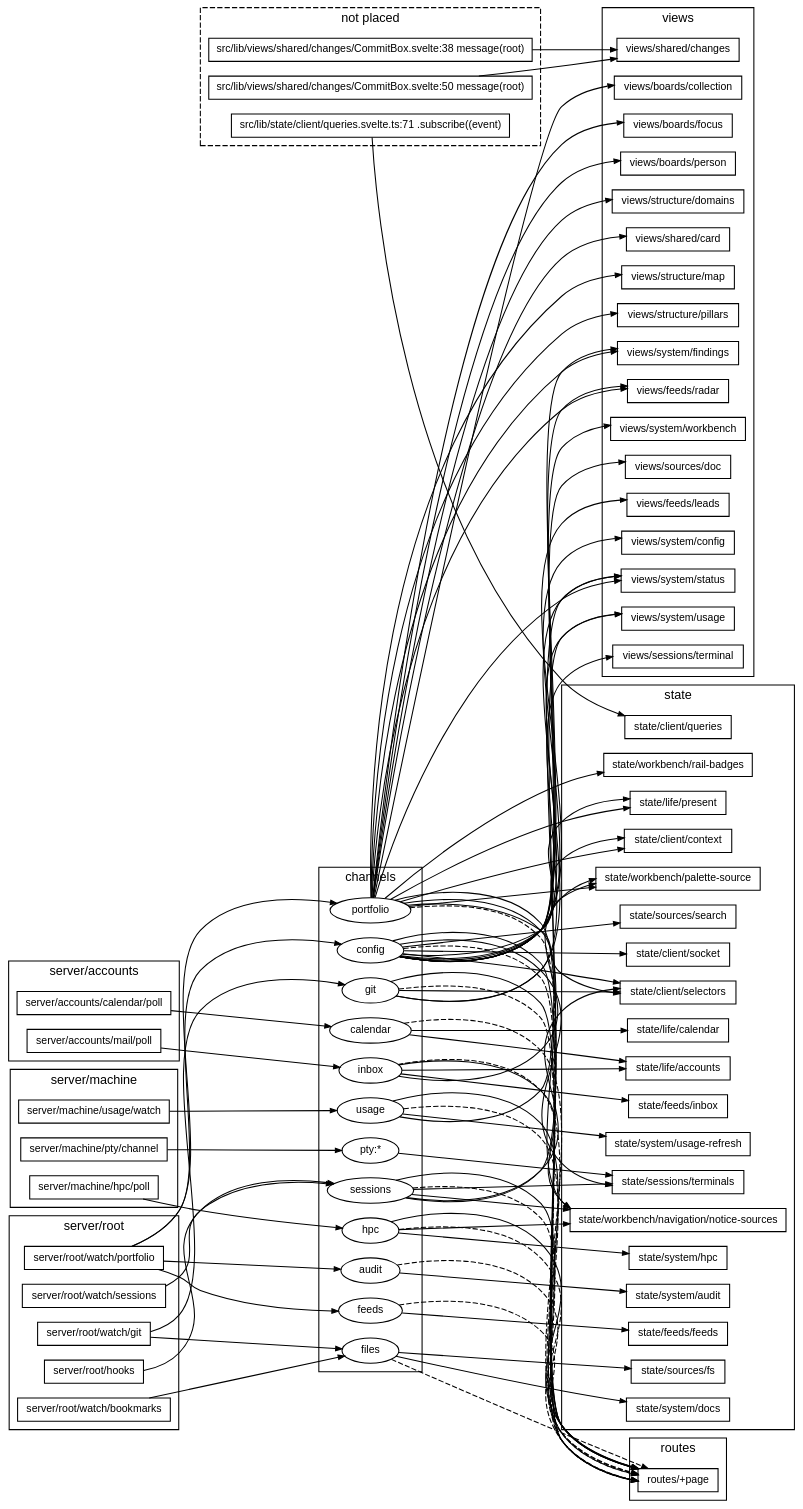
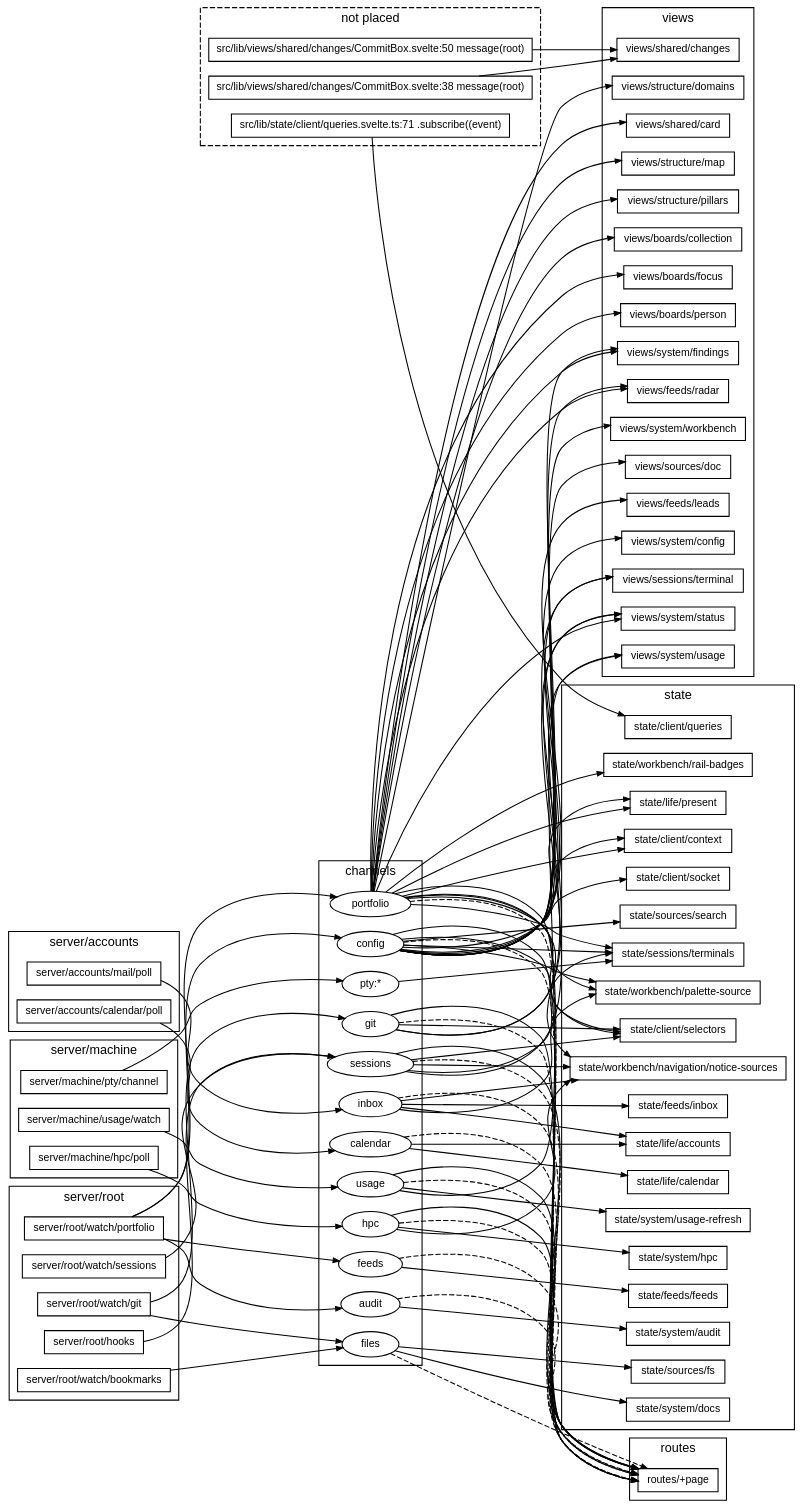
The diagram in docs/diagrams/channels.dot (TheAxeC/oculus), drawn with Graphviz before and after one commit. The commit also changed 92 other files, not shown here.

```diff
--- a/docs/diagrams/channels.dot
+++ b/docs/diagrams/channels.dot
@@ -1,177 +1,179 @@
 digraph channels {
     graph [bgcolor="transparent", rankdir=LR, fontname="Helvetica,Arial,sans-serif", fontsize=12, nodesep=0.2, ranksep=0.5];
     node [shape=box, color="black", fontcolor="black", fontname="Helvetica,Arial,sans-serif", fontsize=10, height=0.3, margin="0.12,0.04"];
     edge [color="black", fontcolor="black", fontname="Helvetica,Arial,sans-serif", fontsize=8, arrowsize=0.6];
     subgraph "cluster_publish server/accounts" {
         label="server/accounts"; style=solid;
         "server/accounts/calendar/poll";
         "server/accounts/mail/poll";
     }
     subgraph "cluster_publish server/machine" {
         label="server/machine"; style=solid;
         "server/machine/hpc/poll";
         "server/machine/pty/channel";
         "server/machine/usage/watch";
     }
     subgraph "cluster_publish server/root" {
         label="server/root"; style=solid;
         "server/root/hooks";
         "server/root/watch/bookmarks";
         "server/root/watch/git";
         "server/root/watch/portfolio";
         "server/root/watch/sessions";
     }
     subgraph "cluster_channels" {
         label="channels"; style=solid;
         "ch audit" [label="audit", shape=ellipse];
         "ch calendar" [label="calendar", shape=ellipse];
         "ch config" [label="config", shape=ellipse];
         "ch feeds" [label="feeds", shape=ellipse];
         "ch files" [label="files", shape=ellipse];
         "ch git" [label="git", shape=ellipse];
         "ch hpc" [label="hpc", shape=ellipse];
         "ch inbox" [label="inbox", shape=ellipse];
         "ch portfolio" [label="portfolio", shape=ellipse];
         "ch pty:*" [label="pty:*", shape=ellipse];
         "ch sessions" [label="sessions", shape=ellipse];
         "ch usage" [label="usage", shape=ellipse];
     }
     subgraph "cluster_lost" {
         label="not placed"; style=dashed;
         "? src/lib/state/client/queries.svelte.ts:71" [label="src/lib/state/client/queries.svelte.ts:71 .subscribe((event)"];
         "? src/lib/views/shared/changes/CommitBox.svelte:38" [label="src/lib/views/shared/changes/CommitBox.svelte:38 message(root)"];
         "? src/lib/views/shared/changes/CommitBox.svelte:50" [label="src/lib/views/shared/changes/CommitBox.svelte:50 message(root)"];
     }
     subgraph "cluster_read state" {
         label="state"; style=solid;
         "state/client/context";
         "state/client/queries";
         "state/client/selectors";
         "state/client/socket";
         "state/feeds/feeds";
         "state/feeds/inbox";
         "state/life/accounts";
         "state/life/calendar";
         "state/life/present";
         "state/sessions/terminals";
         "state/sources/fs";
         "state/sources/search";
         "state/system/audit";
         "state/system/docs";
         "state/system/hpc";
         "state/system/usage-refresh";
         "state/workbench/navigation/notice-sources";
         "state/workbench/palette-source";
         "state/workbench/rail-badges";
     }
     subgraph "cluster_read views" {
         label="views"; style=solid;
         "views/boards/collection";
         "views/boards/focus";
         "views/boards/person";
         "views/feeds/leads";
         "views/feeds/radar";
         "views/sessions/terminal";
         "views/shared/card";
         "views/shared/changes";
         "views/sources/doc";
         "views/structure/domains";
         "views/structure/map";
         "views/structure/pillars";
         "views/system/config";
         "views/system/findings";
         "views/system/status";
         "views/system/usage";
         "views/system/workbench";
     }
     subgraph "cluster_read routes" {
         label="routes"; style=solid;
         "routes/+page";
     }
     "? src/lib/state/client/queries.svelte.ts:71" -> "state/client/queries";
     "? src/lib/views/shared/changes/CommitBox.svelte:38" -> "views/shared/changes";
     "? src/lib/views/shared/changes/CommitBox.svelte:50" -> "views/shared/changes";
     "ch audit" -> "routes/+page" [style=dashed];
     "ch audit" -> "state/system/audit";
     "ch calendar" -> "routes/+page" [style=dashed];
     "ch calendar" -> "state/life/accounts";
     "ch calendar" -> "state/life/calendar";
     "ch config" -> "routes/+page" [style=dashed];
     "ch config" -> "routes/+page";
     "ch config" -> "state/client/context";
     "ch config" -> "state/client/selectors";
     "ch config" -> "state/client/socket";
     "ch config" -> "state/life/present";
     "ch config" -> "state/sessions/terminals";
     "ch config" -> "state/sources/search";
     "ch config" -> "state/workbench/palette-source";
     "ch config" -> "views/feeds/leads";
     "ch config" -> "views/feeds/radar";
+    "ch config" -> "views/sessions/terminal";
     "ch config" -> "views/sources/doc";
     "ch config" -> "views/system/config";
     "ch config" -> "views/system/findings";
     "ch config" -> "views/system/usage";
     "ch config" -> "views/system/workbench";
     "ch feeds" -> "routes/+page" [style=dashed];
     "ch feeds" -> "state/feeds/feeds";
     "ch files" -> "routes/+page" [style=dashed];
     "ch files" -> "state/sources/fs";
     "ch files" -> "state/system/docs";
     "ch git" -> "routes/+page" [style=dashed];
     "ch git" -> "routes/+page";
     "ch git" -> "state/client/selectors";
     "ch git" -> "views/sessions/terminal";
     "ch git" -> "views/system/status";
     "ch hpc" -> "routes/+page" [style=dashed];
     "ch hpc" -> "routes/+page";
     "ch hpc" -> "state/system/hpc";
     "ch hpc" -> "state/workbench/navigation/notice-sources";
     "ch inbox" -> "routes/+page" [style=dashed];
     "ch inbox" -> "state/feeds/inbox";
     "ch inbox" -> "state/life/accounts";
     "ch inbox" -> "state/workbench/navigation/notice-sources";
     "ch inbox" -> "state/workbench/palette-source";
     "ch portfolio" -> "routes/+page" [style=dashed];
     "ch portfolio" -> "routes/+page";
     "ch portfolio" -> "state/client/context";
     "ch portfolio" -> "state/client/selectors";
     "ch portfolio" -> "state/life/present";
+    "ch portfolio" -> "state/sessions/terminals";
     "ch portfolio" -> "state/workbench/navigation/notice-sources";
     "ch portfolio" -> "state/workbench/palette-source";
     "ch portfolio" -> "state/workbench/rail-badges";
     "ch portfolio" -> "views/boards/collection";
     "ch portfolio" -> "views/boards/focus";
     "ch portfolio" -> "views/boards/person";
     "ch portfolio" -> "views/feeds/radar";
     "ch portfolio" -> "views/shared/card";
     "ch portfolio" -> "views/structure/domains";
     "ch portfolio" -> "views/structure/map";
     "ch portfolio" -> "views/structure/pillars";
     "ch portfolio" -> "views/system/findings";
     "ch portfolio" -> "views/system/status";
     "ch pty:*" -> "state/sessions/terminals";
     "ch sessions" -> "routes/+page" [style=dashed];
     "ch sessions" -> "routes/+page";
     "ch sessions" -> "state/client/selectors";
     "ch sessions" -> "state/sessions/terminals";
     "ch sessions" -> "state/workbench/navigation/notice-sources";
     "ch sessions" -> "views/system/status";
     "ch usage" -> "routes/+page" [style=dashed];
     "ch usage" -> "routes/+page";
     "ch usage" -> "state/system/usage-refresh";
     "ch usage" -> "views/system/usage";
     "server/accounts/calendar/poll" -> "ch calendar";
     "server/accounts/mail/poll" -> "ch inbox";
     "server/machine/hpc/poll" -> "ch hpc";
     "server/machine/pty/channel" -> "ch pty:*";
     "server/machine/usage/watch" -> "ch usage";
     "server/root/hooks" -> "ch sessions";
     "server/root/watch/bookmarks" -> "ch files";
     "server/root/watch/git" -> "ch files";
     "server/root/watch/git" -> "ch git";
     "server/root/watch/portfolio" -> "ch audit";
     "server/root/watch/portfolio" -> "ch config";
     "server/root/watch/portfolio" -> "ch feeds";
     "server/root/watch/portfolio" -> "ch portfolio";
     "server/root/watch/sessions" -> "ch sessions";
 }
```
